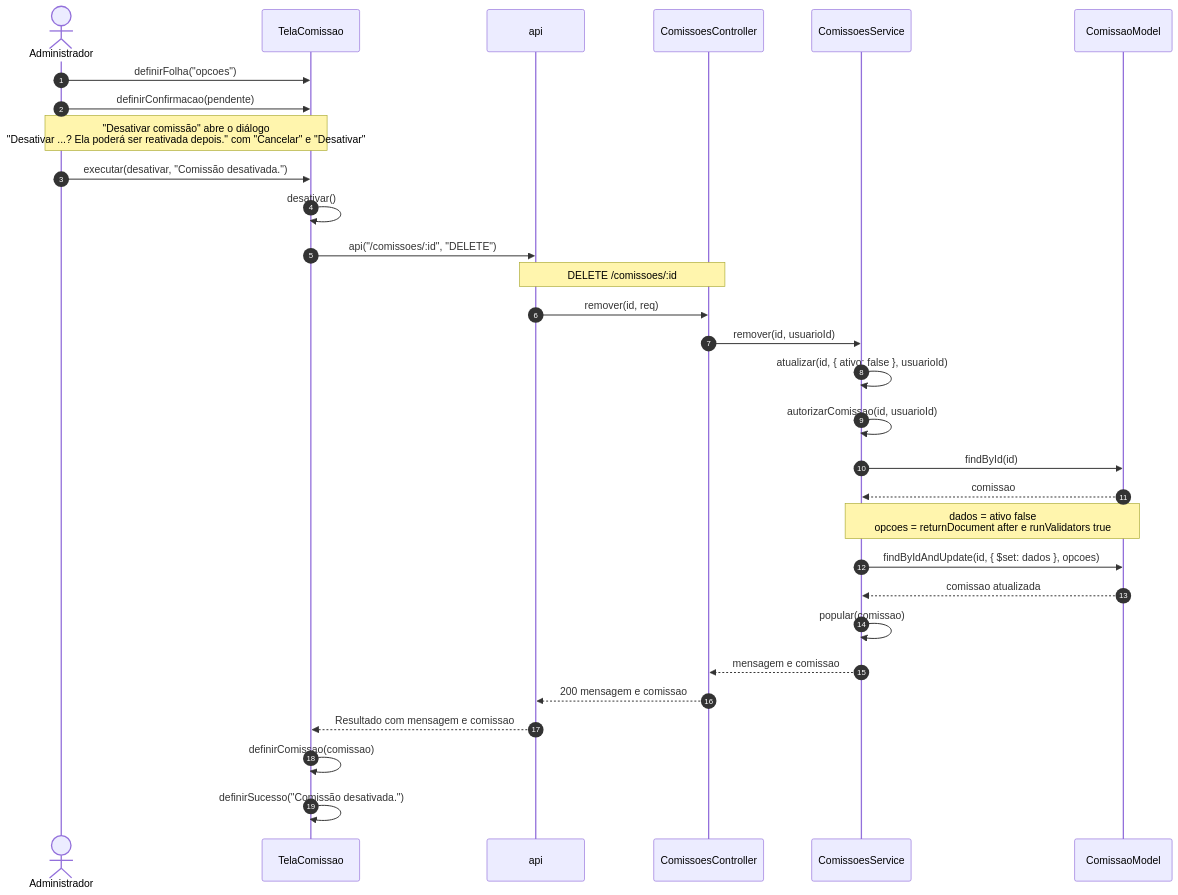
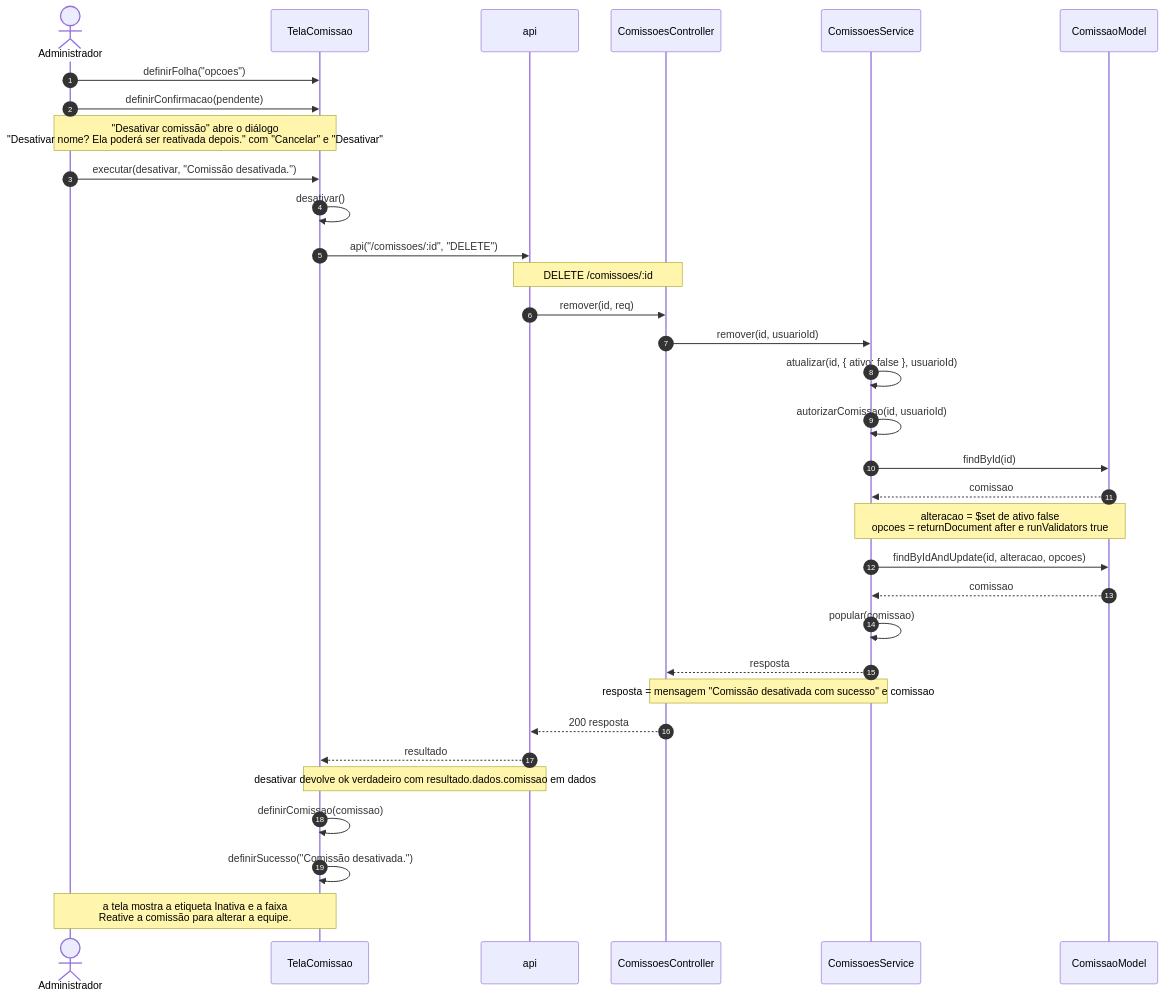
The fifth of 9 diagrams in 2 - Incremento 1/cadastro-comissao/6 - diagramas-sequencia-cadastro-comissao.md (Conecta-IFSP/DOCUMENTATION), drawn with Mermaid before and after one commit. The commit also changed other lines of this file and 97 other files, not shown here.

````diff
--- a/2 - Incremento 1/cadastro-comissao/6 - diagramas-sequencia-cadastro-comissao.md
+++ b/2 - Incremento 1/cadastro-comissao/6 - diagramas-sequencia-cadastro-comissao.md
@@ -232,32 +246,35 @@
 ```mermaid
 sequenceDiagram
     autonumber
     actor U as Administrador
     participant T as TelaComissao
     participant A as api
     participant C as ComissoesController
     participant S as ComissoesService
     participant M as ComissaoModel
     U->>T: definirFolha("opcoes")
     U->>T: definirConfirmacao(pendente)
-    Note over U,T: "Desativar comissão" abre o diálogo<br/>"Desativar ...? Ela poderá ser reativada depois." com "Cancelar" e "Desativar"
+    Note over U,T: "Desativar comissão" abre o diálogo<br/>"Desativar nome? Ela poderá ser reativada depois." com "Cancelar" e "Desativar"
     U->>T: executar(desativar, "Comissão desativada.")
     T->>T: desativar()
     T->>A: api("/comissoes/:id", "DELETE")
     Note over A,C: DELETE /comissoes/:id
     A->>C: remover(id, req)
     C->>S: remover(id, usuarioId)
     S->>S: atualizar(id, { ativo: false }, usuarioId)
     S->>S: autorizarComissao(id, usuarioId)
     S->>M: findById(id)
     M-->>S: comissao
-    Note over S,M: dados = ativo false<br/>opcoes = returnDocument after e runValidators true
-    S->>M: findByIdAndUpdate(id, { $set: dados }, opcoes)
-    M-->>S: comissao atualizada
+    Note over S,M: alteracao = $set de ativo false<br/>opcoes = returnDocument after e runValidators true
+    S->>M: findByIdAndUpdate(id, alteracao, opcoes)
+    M-->>S: comissao
     S->>S: popular(comissao)
-    S-->>C: mensagem e comissao
-    C-->>A: 200 mensagem e comissao
-    A-->>T: Resultado com mensagem e comissao
+    S-->>C: resposta
+    Note over C,S: resposta = mensagem "Comissão desativada com sucesso" e comissao
+    C-->>A: 200 resposta
+    A-->>T: resultado
+    Note over T,A: desativar devolve ok verdadeiro com resultado.dados.comissao em dados
     T->>T: definirComissao(comissao)
     T->>T: definirSucesso("Comissão desativada.")
+    Note over U,T: a tela mostra a etiqueta Inativa e a faixa<br/>Reative a comissão para alterar a equipe.
 ```
````
